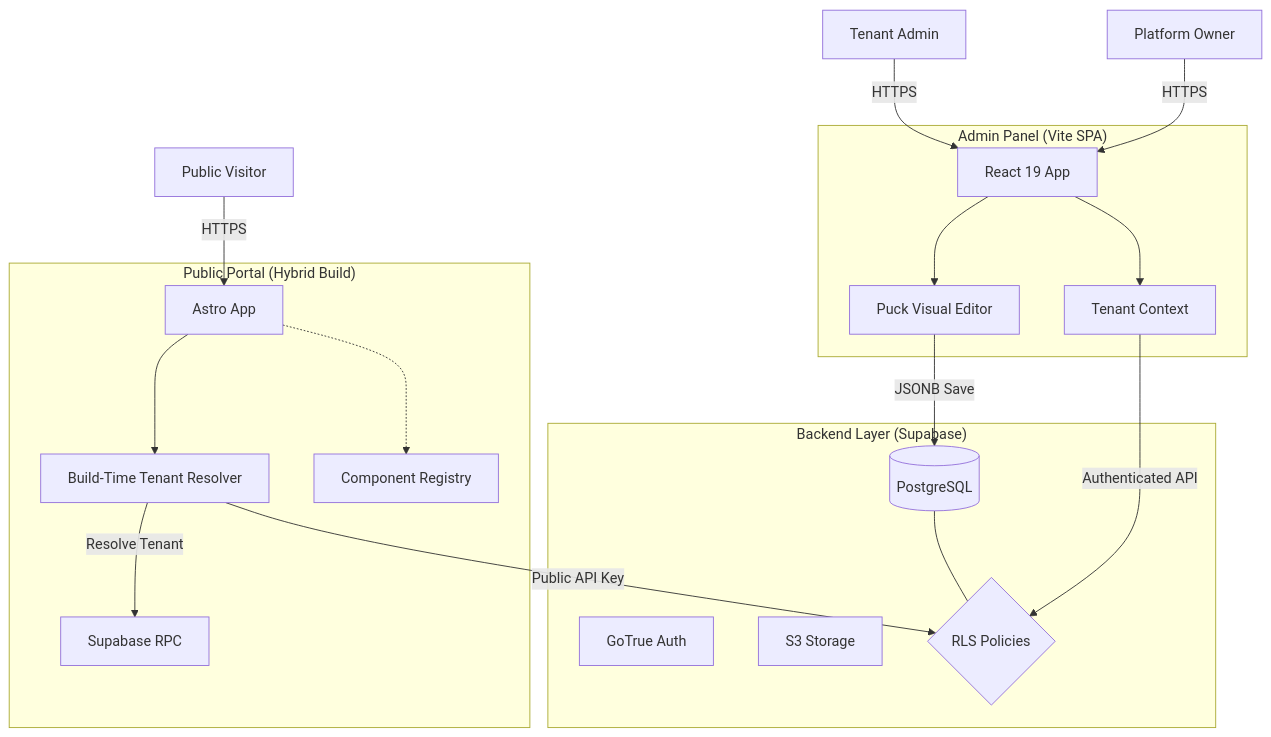
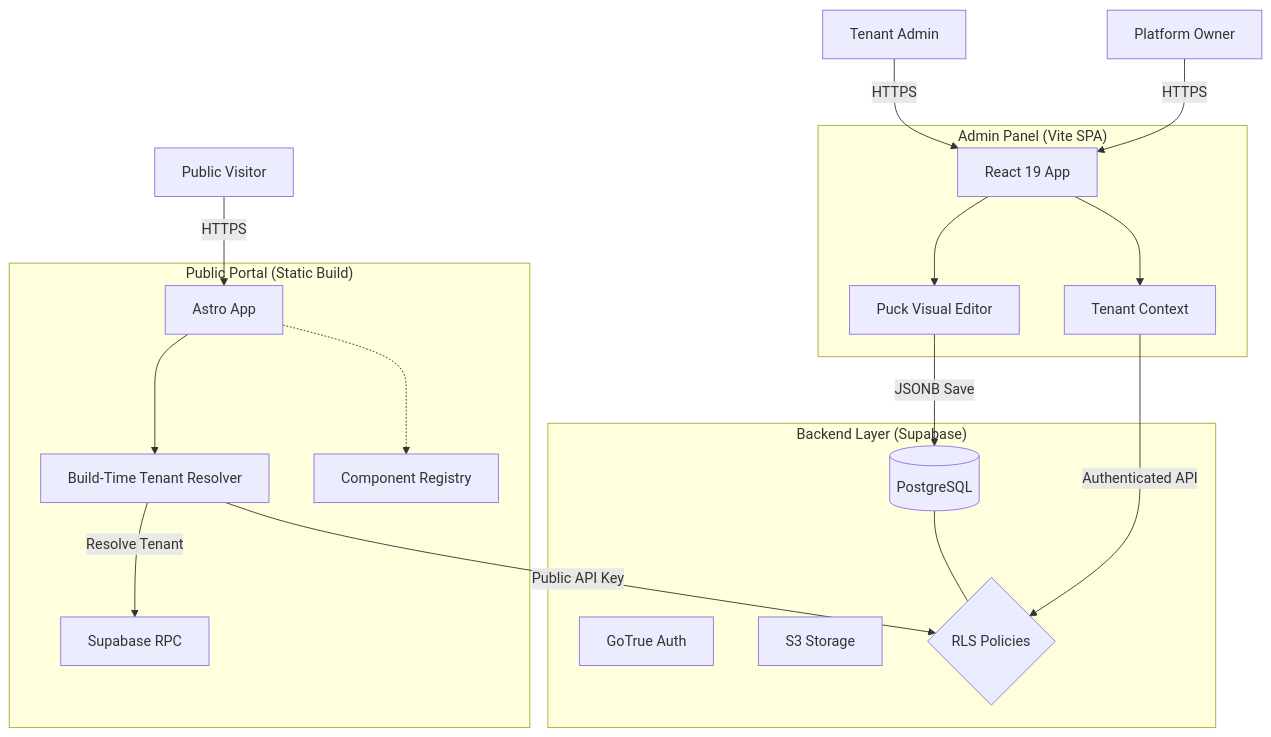
Before and after one commit to borneojek/awcms-borneojek: the diagram in docs/architecture/overview.md, drawn with Mermaid. The commit also changed other lines of this file and 8 other files, not shown here.

First line of the commit message:
docs: align product and public portal references

````diff
--- a/docs/architecture/overview.md
+++ b/docs/architecture/overview.md
@@ -34,36 +34,36 @@
 ```mermaid
 graph TD
     Visitor[Public Visitor] -->|HTTPS| PublicPortal
     Admin[Tenant Admin] -->|HTTPS| AdminPanel
     Owner[Platform Owner] -->|HTTPS| AdminPanel
 
-    subgraph "Public Portal (Hybrid Build)"
+    subgraph "Public Portal (Static Build)"
         PublicPortal[Astro App]
         Resolver[Build-Time Tenant Resolver]
         PublicPortal --> Resolver
         Resolver -->|Resolve Tenant| RPC[Supabase RPC]
         registry[Component Registry]
         PublicPortal -.-> registry
     end
 
     subgraph "Admin Panel (Vite SPA)"
         AdminPanel[React 19 App]
         AdminContext[Tenant Context]
         Puck[Puck Visual Editor]
         AdminPanel --> AdminContext
         AdminPanel --> Puck
     end
 
     subgraph "Backend Layer (Supabase)"
         RPC
         DB[(PostgreSQL)]
         Auth[GoTrue Auth]
         Storage[S3 Storage]
         RLS{RLS Policies}
         DB --- RLS
     end
 
     AdminContext -->|Authenticated API| RLS
     Resolver -->|Public API Key| RLS
     Puck -->|JSONB Save| DB
 ```
````
